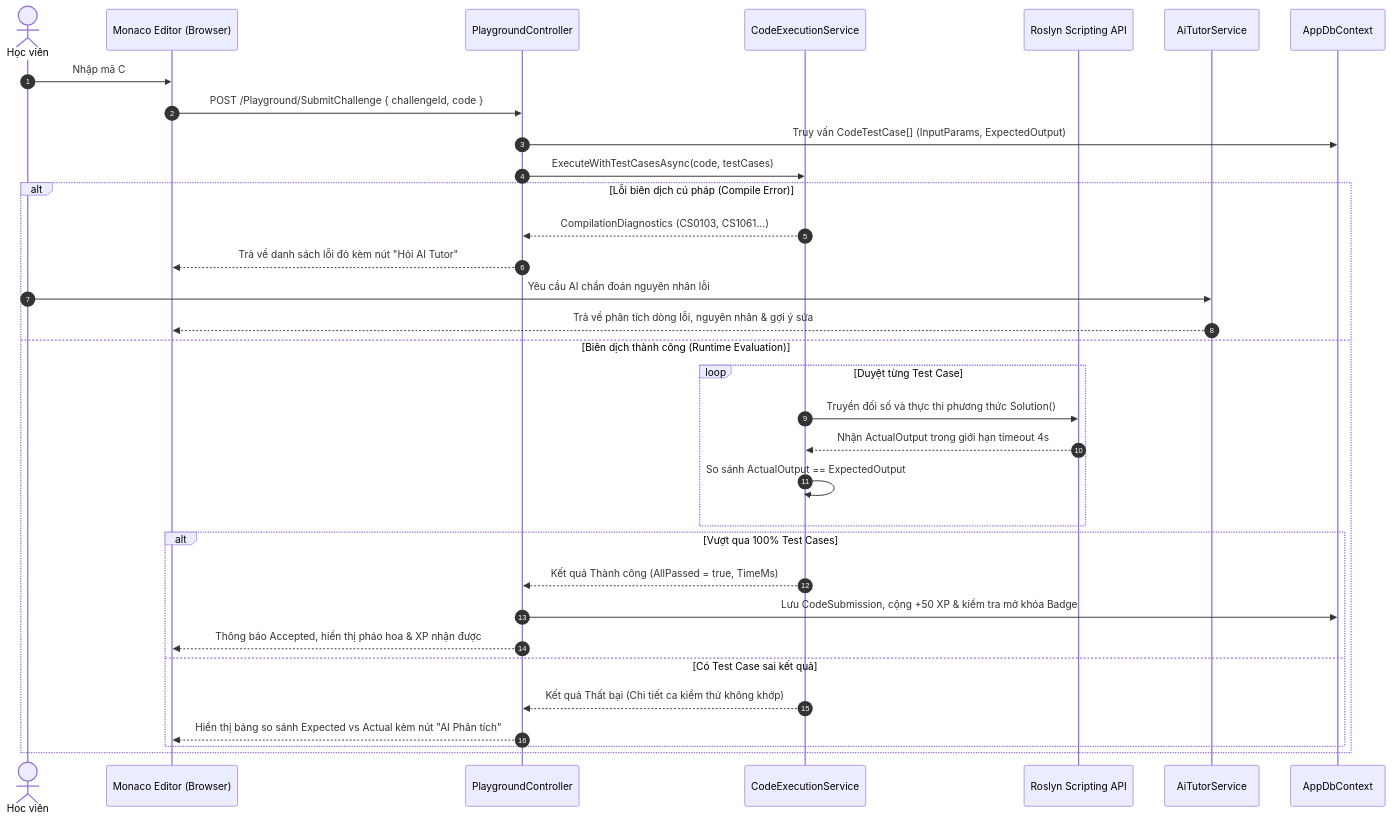
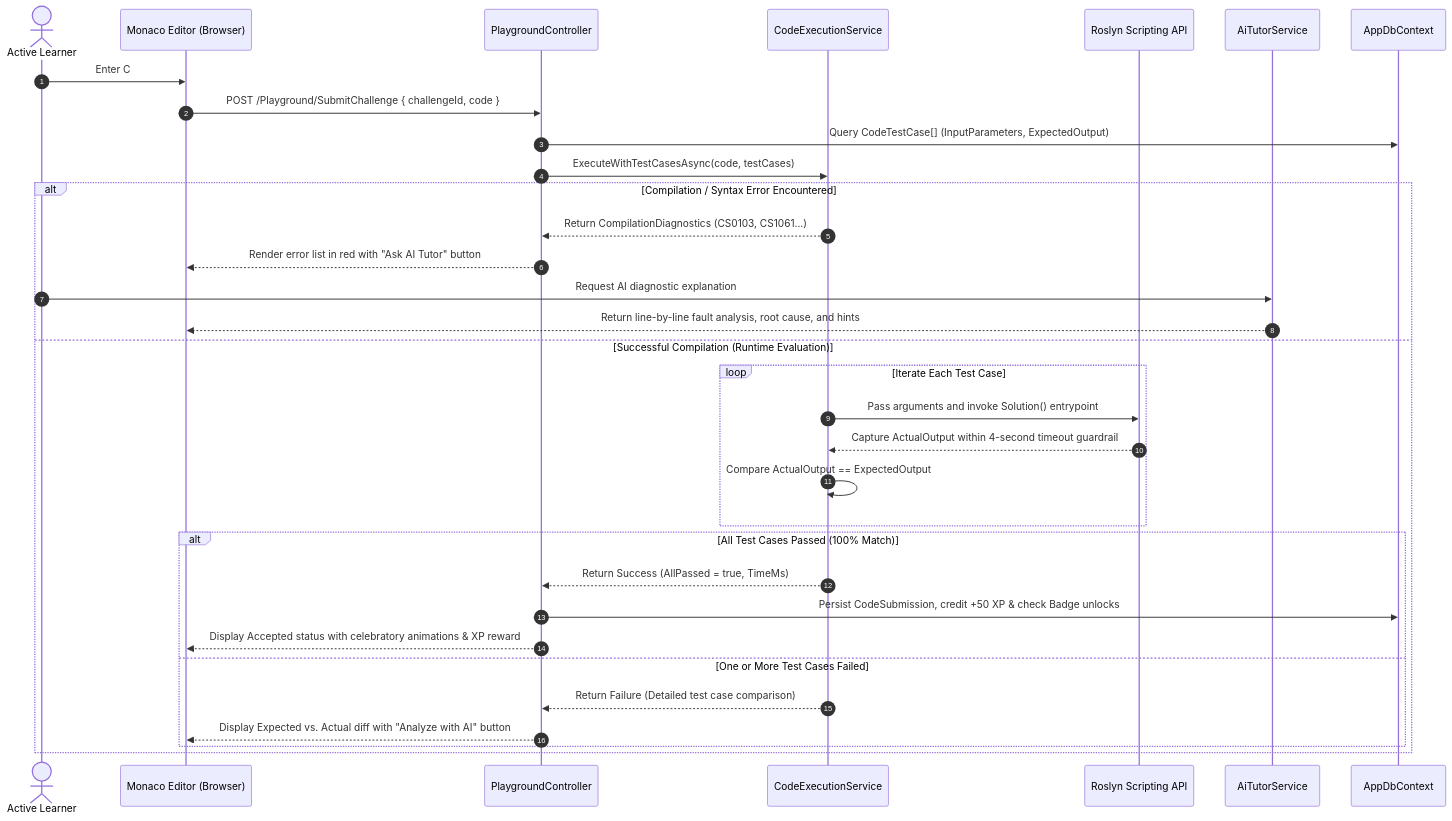
One commit to KaitoDeus/NET-Tutos changed the second of 4 diagrams in docs/06_architecture_and_design_blueprint.md. Above: the diagram before and after it, drawn with Mermaid. The commit also changed other lines of this file and 6 other files, not shown here.

````diff
--- a/docs/06_architecture_and_design_blueprint.md
+++ b/docs/06_architecture_and_design_blueprint.md
@@ -248,37 +248,37 @@
 ```mermaid
 sequenceDiagram
     autonumber
-    actor Learner as Học viên
+    actor Learner as Active Learner
     participant Editor as Monaco Editor (Browser)
     participant Ctrl as PlaygroundController
     participant Sandbox as CodeExecutionService
     participant Roslyn as Roslyn Scripting API
     participant AI as AiTutorService
     participant DB as AppDbContext
 
-    Learner->>Editor: Nhập mã C# và bấm "Chạy kiểm thử" (Ctrl+Enter)
+    Learner->>Editor: Enter C# solution code and press "Run & Test" (Ctrl+Enter)
     Editor->>Ctrl: POST /Playground/SubmitChallenge { challengeId, code }
-    Ctrl->>DB: Truy vấn CodeTestCase[] (InputParams, ExpectedOutput)
+    Ctrl->>DB: Query CodeTestCase[] (InputParameters, ExpectedOutput)
     Ctrl->>Sandbox: ExecuteWithTestCasesAsync(code, testCases)
     
-    alt Lỗi biên dịch cú pháp (Compile Error)
-        Sandbox-->>Ctrl: CompilationDiagnostics (CS0103, CS1061...)
-        Ctrl-->>Editor: Trả về danh sách lỗi đỏ kèm nút "Hỏi AI Tutor"
-        Learner->>AI: Yêu cầu AI chẩn đoán nguyên nhân lỗi
-        AI-->>Editor: Trả về phân tích dòng lỗi, nguyên nhân & gợi ý sửa
-    else Biên dịch thành công (Runtime Evaluation)
-        loop Duyệt từng Test Case
-            Sandbox->>Roslyn: Truyền đối số và thực thi phương thức Solution()
-            Roslyn-->>Sandbox: Nhận ActualOutput trong giới hạn timeout 4s
-            Sandbox->>Sandbox: So sánh ActualOutput == ExpectedOutput
+    alt Compilation / Syntax Error Encountered
+        Sandbox-->>Ctrl: Return CompilationDiagnostics (CS0103, CS1061...)
+        Ctrl-->>Editor: Render error list in red with "Ask AI Tutor" button
+        Learner->>AI: Request AI diagnostic explanation
+        AI-->>Editor: Return line-by-line fault analysis, root cause, and hints
+    else Successful Compilation (Runtime Evaluation)
+        loop Iterate Each Test Case
+            Sandbox->>Roslyn: Pass arguments and invoke Solution() entrypoint
+            Roslyn-->>Sandbox: Capture ActualOutput within 4-second timeout guardrail
+            Sandbox->>Sandbox: Compare ActualOutput == ExpectedOutput
         end
-        alt Vượt qua 100% Test Cases
-            Sandbox-->>Ctrl: Kết quả Thành công (AllPassed = true, TimeMs)
-            Ctrl->>DB: Lưu CodeSubmission, cộng +50 XP & kiểm tra mở khóa Badge
-            Ctrl-->>Editor: Thông báo Accepted, hiển thị pháo hoa & XP nhận được
-        else Có Test Case sai kết quả
-            Sandbox-->>Ctrl: Kết quả Thất bại (Chi tiết ca kiểm thử không khớp)
-            Ctrl-->>Editor: Hiển thị bảng so sánh Expected vs Actual kèm nút "AI Phân tích"
+        alt All Test Cases Passed (100% Match)
+            Sandbox-->>Ctrl: Return Success (AllPassed = true, TimeMs)
+            Ctrl->>DB: Persist CodeSubmission, credit +50 XP & check Badge unlocks
+            Ctrl-->>Editor: Display Accepted status with celebratory animations & XP reward
+        else One or More Test Cases Failed
+            Sandbox-->>Ctrl: Return Failure (Detailed test case comparison)
+            Ctrl-->>Editor: Display Expected vs. Actual diff with "Analyze with AI" button
         end
     end
 ```
````
